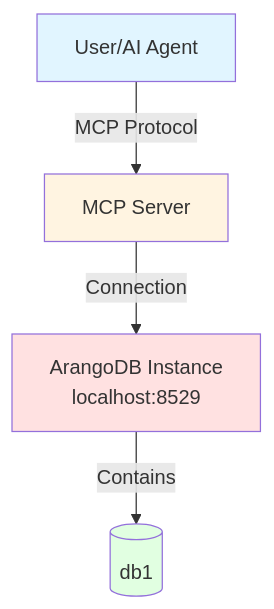
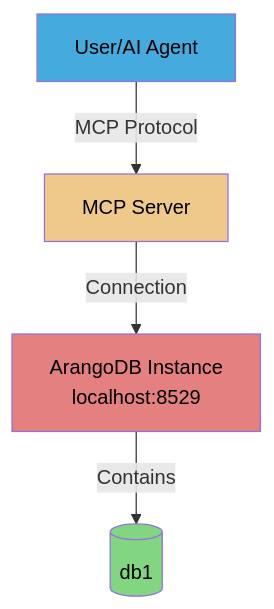
The diagram in docs/user-guide/multi-tenancy-scenarios/01-single-instance-single-database.md (LittleCoinCoin/mcp-arangodb-async), drawn with Mermaid before and after one commit. The commit also changed 2 other files, not shown here.

Commit message:
docs: update mermaid color contrast

````diff
--- a/docs/user-guide/multi-tenancy-scenarios/01-single-instance-single-database.md
+++ b/docs/user-guide/multi-tenancy-scenarios/01-single-instance-single-database.md
@@ -29,16 +29,16 @@
 ```mermaid
 graph TB
     User[User/AI Agent]
     MCP[MCP Server]
     Arango[ArangoDB Instance<br/>localhost:8529]
     DB1[(db1)]
     
     User -->|MCP Protocol| MCP
     MCP -->|Connection| Arango
     Arango -->|Contains| DB1
     
-    style User fill:#e1f5ff
-    style MCP fill:#fff4e1
-    style Arango fill:#ffe1e1
-    style DB1 fill:#e1ffe1
+    style User fill: #45abdfff,color:#000000
+    style MCP fill: #eec98aff,color:#000000
+    style Arango fill: #e48080ff,color:#000000
+    style DB1 fill: #82d682ff,color:#000000
 ```
````
